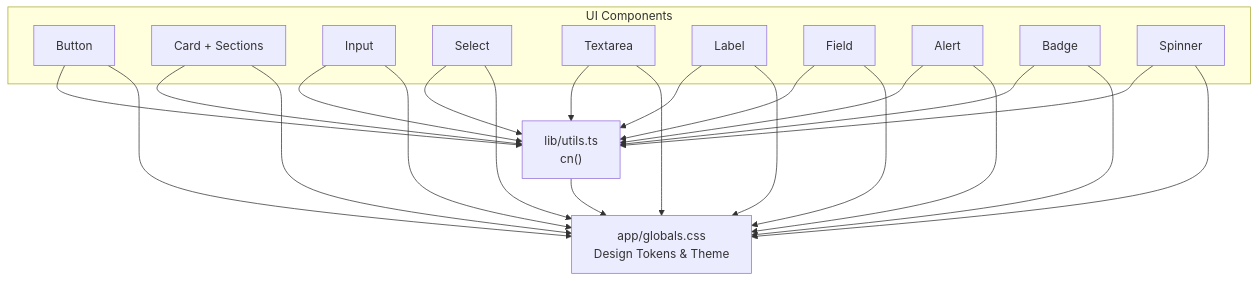
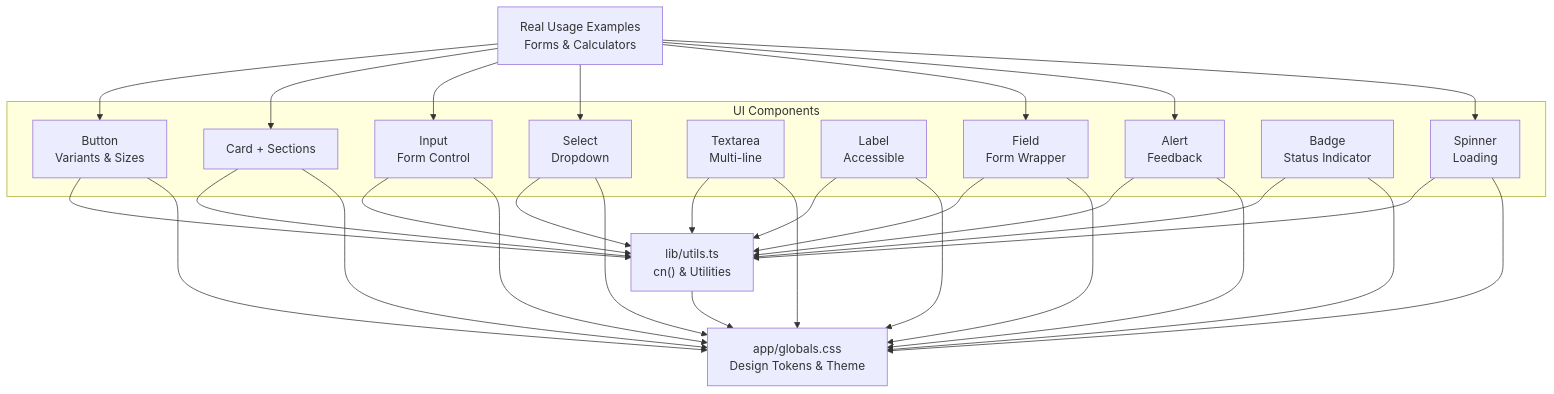
Before and after one commit to gyamposudodzi/Timberland: the first of 9 diagrams in .qoder/repowiki/en/content/UI Components/UI Components.md, drawn with Mermaid. The commit also changed other lines of this file and 87 other files, not shown here.

````diff
--- a/.qoder/repowiki/en/content/UI Components/UI Components.md
+++ b/.qoder/repowiki/en/content/UI Components/UI Components.md
@@ -39,38 +54,46 @@
 ```mermaid
 graph TB
 subgraph "UI Components"
-Button["Button"]
+Button["Button<br/>Variants & Sizes"]
 Card["Card + Sections"]
-Input["Input"]
-Select["Select"]
-Textarea["Textarea"]
-Label["Label"]
-Field["Field"]
-Alert["Alert"]
-Badge["Badge"]
-Spinner["Spinner"]
+Input["Input<br/>Form Control"]
+Select["Select<br/>Dropdown"]
+Textarea["Textarea<br/>Multi-line"]
+Label["Label<br/>Accessible"]
+Field["Field<br/>Form Wrapper"]
+Alert["Alert<br/>Feedback"]
+Badge["Badge<br/>Status Indicator"]
+Spinner["Spinner<br/>Loading"]
 end
-Utils["lib/utils.ts<br/>cn()"]
+Utils["lib/utils.ts<br/>cn() & Utilities"]
 Theme["app/globals.css<br/>Design Tokens & Theme"]
+Usage["Real Usage Examples<br/>Forms & Calculators"]
 Button --> Utils
 Card --> Utils
 Input --> Utils
 Select --> Utils
 Textarea --> Utils
 Label --> Utils
 Field --> Utils
 Alert --> Utils
 Badge --> Utils
 Spinner --> Utils
 Utils --> Theme
 Button --> Theme
 Card --> Theme
 Input --> Theme
 Select --> Theme
 Textarea --> Theme
 Label --> Theme
 Field --> Theme
 Alert --> Theme
 Badge --> Theme
 Spinner --> Theme
+Usage --> Button
+Usage --> Card
+Usage --> Input
+Usage --> Select
+Usage --> Field
+Usage --> Alert
+Usage --> Spinner
 ```
````
